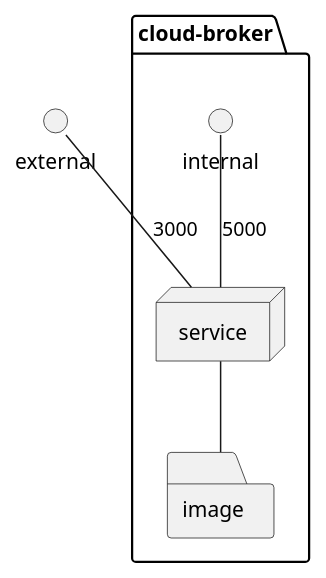
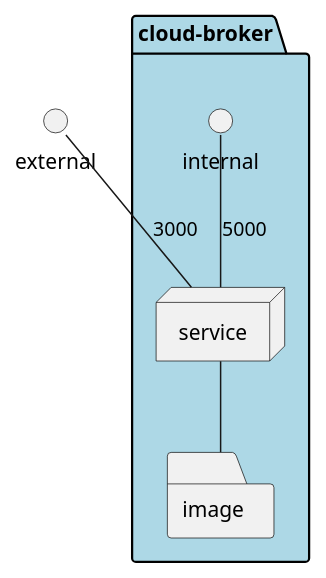
Before and after one commit to CAADE/C3: the diagram in docs/Solution/Services/cloud-broker/Deployment.puml, drawn with PlantUML. The commit also changed 397 other files, not shown here.

```diff
--- a/docs/Solution/Services/cloud-broker/Deployment.puml
+++ b/docs/Solution/Services/cloud-broker/Deployment.puml
@@ -1,14 +1,14 @@
 @startuml
 
 interface external
 
-package  "cloud-broker" {
+package  "cloud-broker" #lightblue {
   interface internal
   node service
   folder image
 }
 service -- image
 external -- service : 3000
 internal -- service : 5000
 
 @enduml
```
